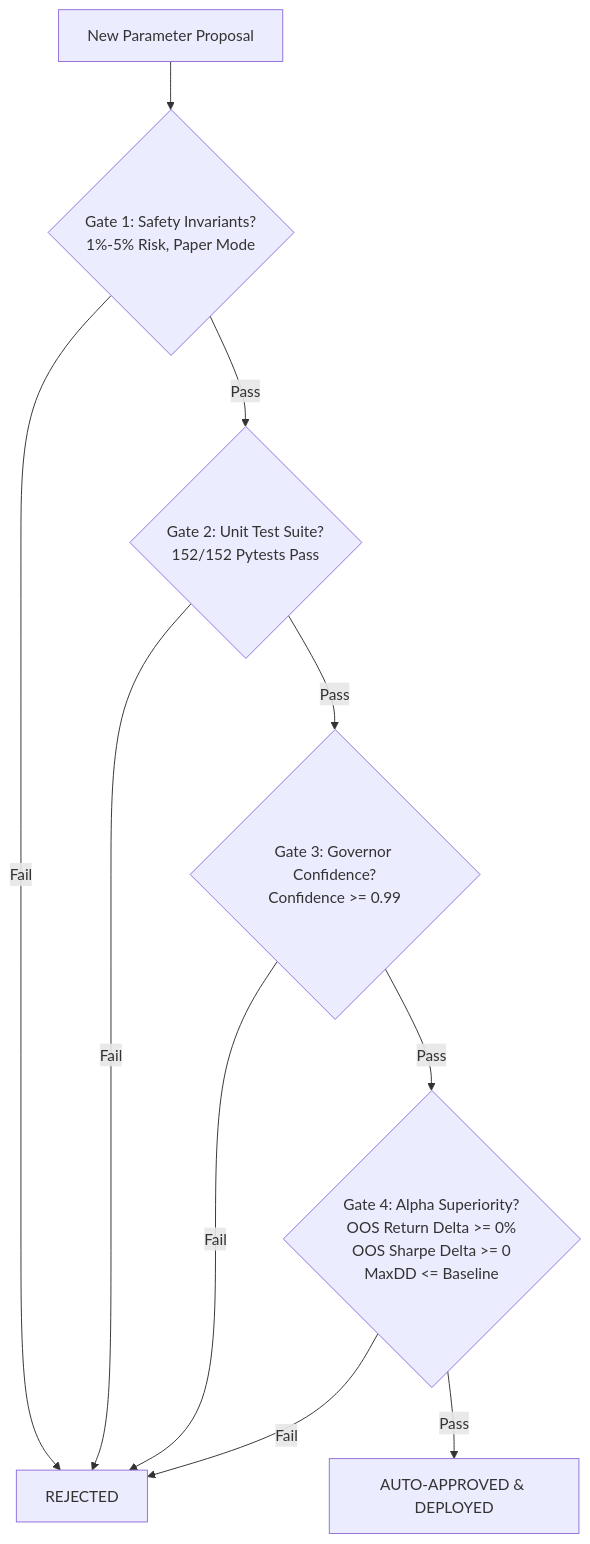
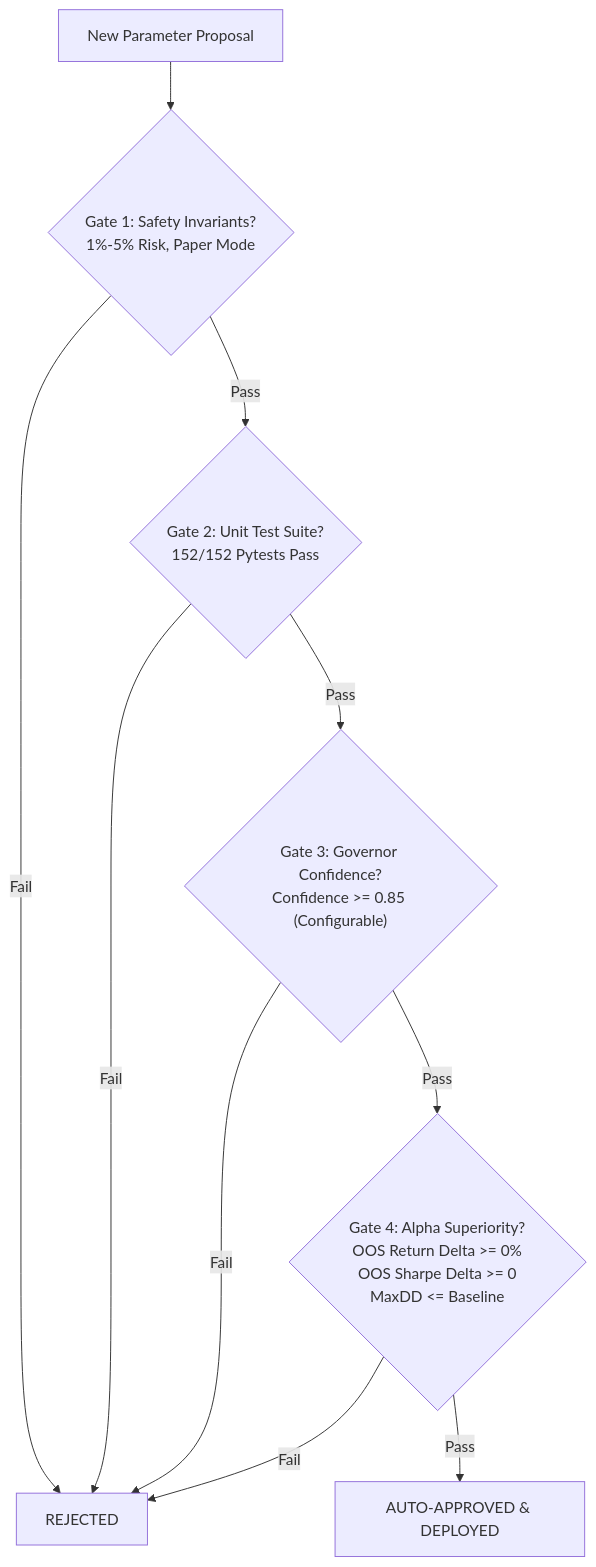
Before and after one commit to iShmuel/web4-trading-agent: the fourth of 5 diagrams in docs/SYSTEM_WALKTHROUGH.md, drawn with Mermaid. The commit also changed 3 other files, not shown here.

Commit message:
feat(governor): make auto-approval confidence threshold configurable with 0.85 default

````diff
--- a/docs/SYSTEM_WALKTHROUGH.md
+++ b/docs/SYSTEM_WALKTHROUGH.md
@@ -359,12 +359,12 @@
 ```mermaid
 flowchart TD
     Candidate["New Parameter Proposal"] --> G1{"Gate 1: Safety Invariants?<br/>1%-5% Risk, Paper Mode"}
     G1 -- Fail --> Reject["REJECTED"]
     G1 -- Pass --> G2{"Gate 2: Unit Test Suite?<br/>152/152 Pytests Pass"}
     G2 -- Fail --> Reject
-    G2 -- Pass --> G3{"Gate 3: Governor Confidence?<br/>Confidence >= 0.99"}
+    G2 -- Pass --> G3{"Gate 3: Governor Confidence?<br/>Confidence >= 0.85 (Configurable)"}
     G3 -- Fail --> Reject
     G3 -- Pass --> G4{"Gate 4: Alpha Superiority?<br/>OOS Return Delta >= 0%<br/>OOS Sharpe Delta >= 0<br/>MaxDD <= Baseline"}
     G4 -- Fail --> Reject
     G4 -- Pass --> Deploy["AUTO-APPROVED & DEPLOYED"]
 ```
````
